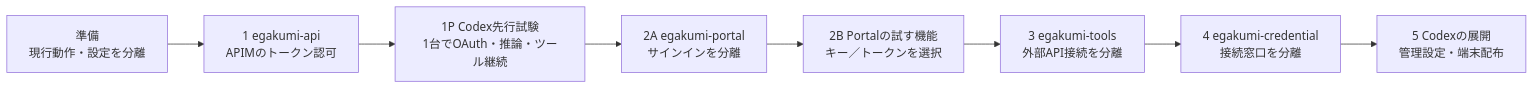
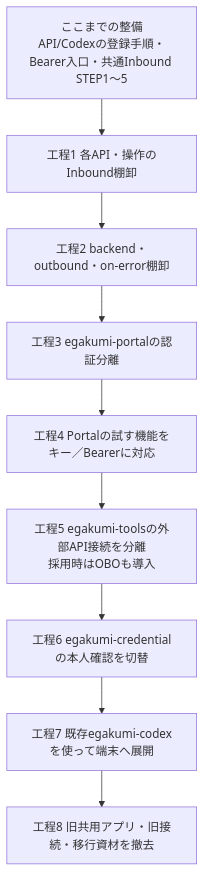
The first of 2 diagrams in docs/reference/entra-app-rollout-plan.md (hrkd83/egakumi), drawn with Mermaid before and after one commit. The commit also changed other lines of this file and 26 other files, not shown here.

````diff
--- a/docs/reference/entra-app-rollout-plan.md
+++ b/docs/reference/entra-app-rollout-plan.md
@@ -19,10 +27,12 @@
 ```mermaid
-flowchart LR
-  P["準備<br/>現行動作・設定を分離"] --> A["1 egakumi-api<br/>APIMのトークン認可"]
-  A --> T["1P Codex先行試験<br/>1台でOAuth・推論・ツール継続"]
-  T --> B["2A egakumi-portal<br/>サインインを分離"]
-  B --> C["2B Portalの試す機能<br/>キー／トークンを選択"]
-  C --> D["3 egakumi-tools<br/>外部API接続を分離"]
-  D --> E["4 egakumi-credential<br/>接続窓口を分離"]
-  E --> F["5 Codexの展開<br/>管理設定・端末配布"]
+flowchart TD
+  A["ここまでの整備<br/>API/Codexの登録手順・Bearer入口・共通Inbound STEP1～5"]
+  A --> B["工程1 各API・操作のInbound棚卸"]
+  B --> C["工程2 backend・outbound・on-error棚卸"]
+  C --> D["工程3 egakumi-portalの認証分離"]
+  D --> E["工程4 Portalの試す機能をキー／Bearerに対応"]
+  E --> F["工程5 egakumi-toolsの外部API接続を分離<br/>採用時はOBOも導入"]
+  F --> G["工程6 egakumi-credentialの本人確認を切替"]
+  G --> H["工程7 既存egakumi-codexを使って端末へ展開"]
+  H --> I["工程8 旧共用アプリ・旧接続・移行資材を撤去"]
 ```
````
